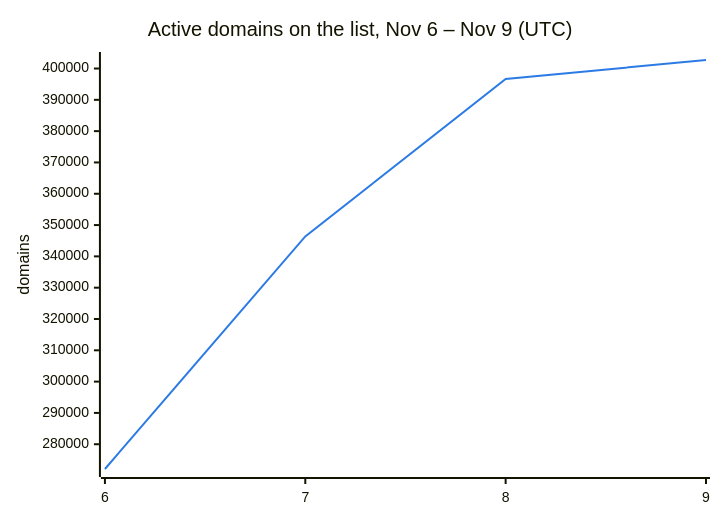
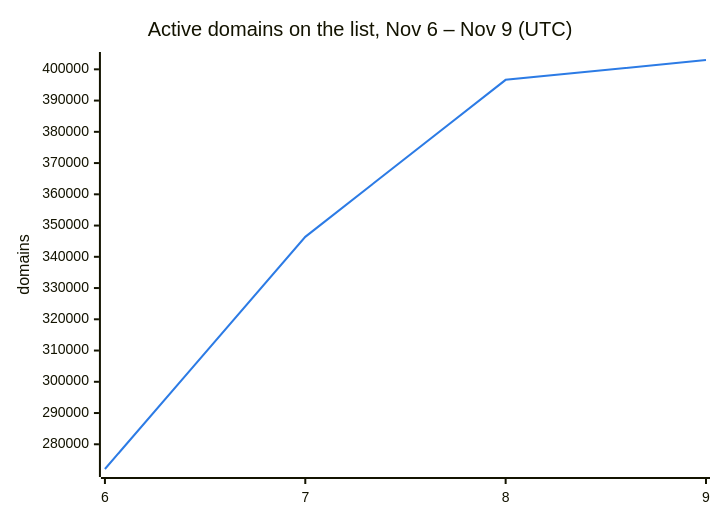
One commit to DNSBunker/CTI changed the second of 3 diagrams in README.md. Above: the diagram before and after it, drawn with Mermaid. The commit also changed other lines of this file and 3 other files, not shown here.

````diff
--- a/README.md
+++ b/README.md
@@ -38,8 +38,8 @@
 ```mermaid
 %%{init: {"themeVariables": {"xyChart": {"plotColorPalette": "#2c7be5"}}}}%%
 xychart-beta
     title "Active domains on the list, Nov 6 – Nov 9 (UTC)"
     x-axis ["6", "7", "8", "9"]
     y-axis "domains"
-    line [272088, 346388, 396638, 402721]
+    line [272088, 346388, 396638, 402987]
 ```
````
